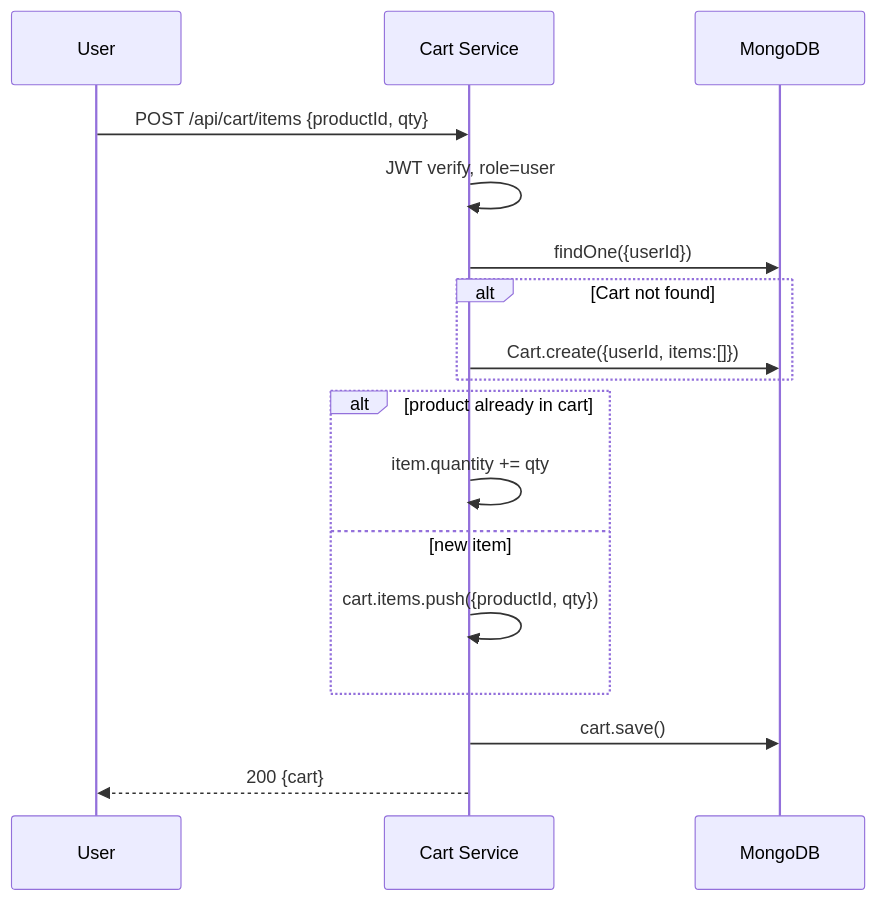
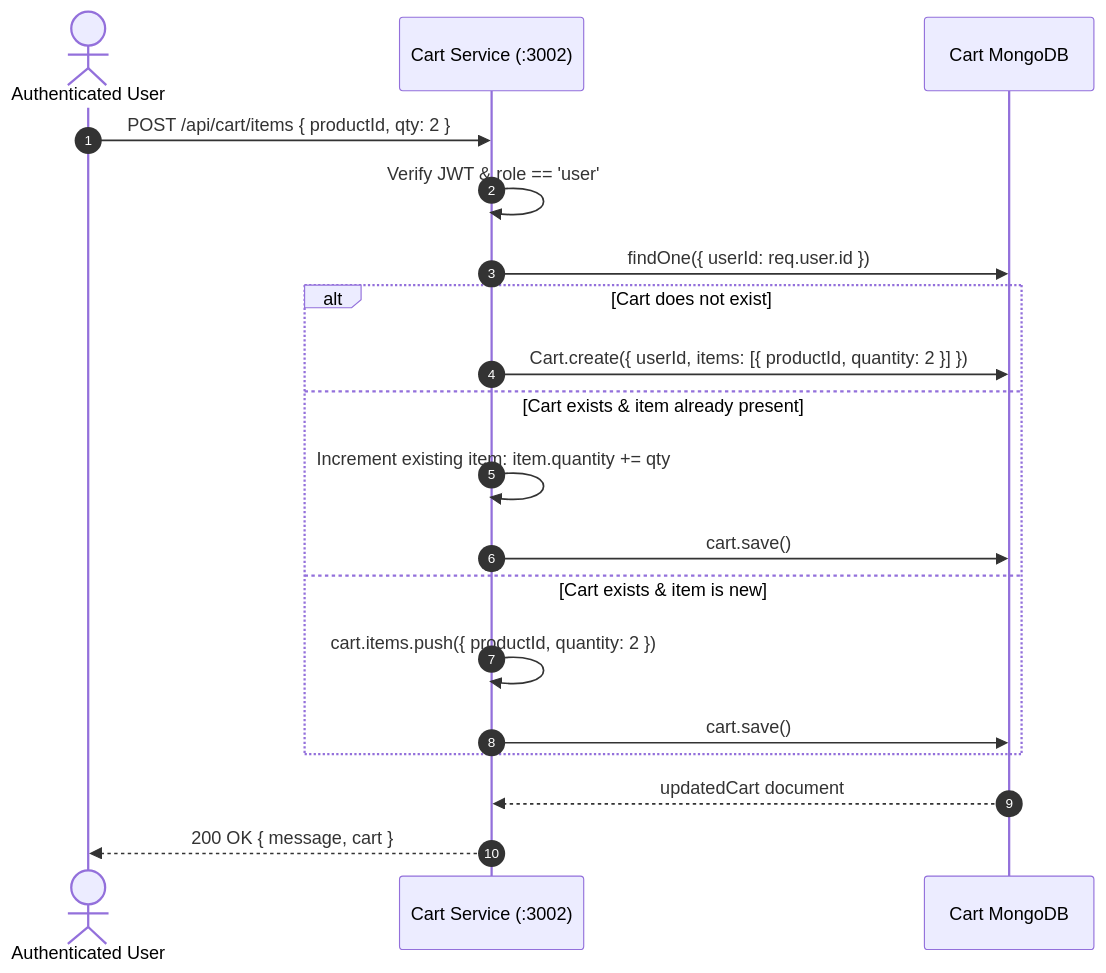
One commit to itsam-13/Vendora changed the seventh of 17 diagrams in README.md. Above: the diagram before and after it, drawn with Mermaid. The commit also changed other lines of this file, not shown here.

Commit message:
docs: update README.md with comprehensive microservices architecture and event topology

````diff
--- a/README.md
+++ b/README.md
@@ -495,20 +609,22 @@
 ```mermaid
 sequenceDiagram
-    participant U as User
-    participant C as Cart Service
-    participant DB as MongoDB
+    autonumber
+    actor Customer as Authenticated User
+    participant Cart as Cart Service (:3002)
+    participant DB as Cart MongoDB
 
-    U->>C: POST /api/cart/items {productId, qty}
-    C->>C: JWT verify, role=user
-    C->>DB: findOne({userId})
-    alt Cart not found
-        C->>DB: Cart.create({userId, items:[]})
+    Customer->>Cart: POST /api/cart/items { productId, qty: 2 }
+    Cart->>Cart: Verify JWT & role == 'user'
+    Cart->>DB: findOne({ userId: req.user.id })
+    alt Cart does not exist
+        Cart->>DB: Cart.create({ userId, items: [{ productId, quantity: 2 }] })
+    else Cart exists & item already present
+        Cart->>Cart: Increment existing item: item.quantity += qty
+        Cart->>DB: cart.save()
+    else Cart exists & item is new
+        Cart->>Cart: cart.items.push({ productId, quantity: 2 })
+        Cart->>DB: cart.save()
     end
-    alt product already in cart
-        C->>C: item.quantity += qty
-    else new item
-        C->>C: cart.items.push({productId, qty})
-    end
-    C->>DB: cart.save()
-    C-->>U: 200 {cart}
+    DB-->>Cart: updatedCart document
+    Cart-->>Customer: 200 OK { message, cart }
 ```
````
